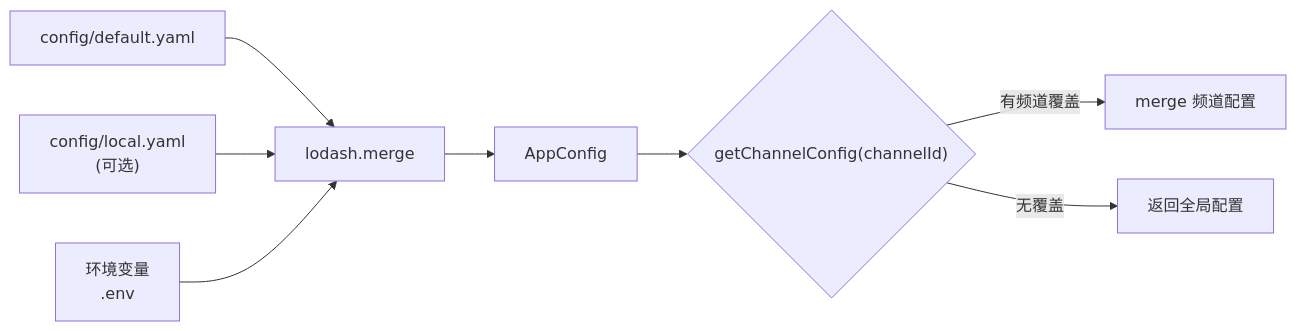
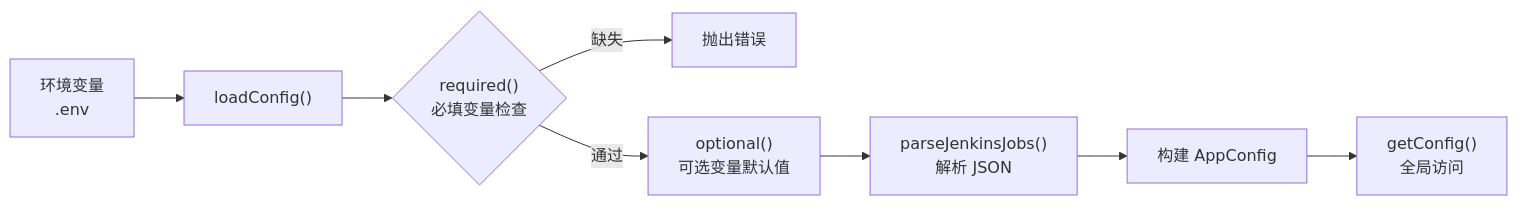
The sixth of 9 diagrams in docs/flowchart.md (kavenGw/GSSlackRobot), drawn with Mermaid before and after one commit. The commit also changed other lines of this file and 2 other files, not shown here.

First line of the commit message:
docs: add comprehensive technical documentation and flowcharts

````diff
--- a/docs/flowchart.md
+++ b/docs/flowchart.md
@@ -84,10 +199,10 @@
 ```mermaid
 flowchart LR
-    A["config/default.yaml"] --> D["lodash.merge"]
-    B["config/local.yaml<br/>(可选)"] --> D
-    C["环境变量<br/>.env"] --> D
-    D --> E["AppConfig"]
-    E --> F{"getChannelConfig(channelId)"}
-    F -- "有频道覆盖" --> G["merge 频道配置"]
-    F -- "无覆盖" --> H["返回全局配置"]
+    A["环境变量<br/>.env"] --> B["loadConfig()"]
+    B --> C{"required()<br/>必填变量检查"}
+    C -- "缺失" --> D["抛出错误"]
+    C -- "通过" --> E["optional()<br/>可选变量默认值"]
+    E --> F["parseJenkinsJobs()<br/>解析 JSON"]
+    F --> G["构建 AppConfig"]
+    G --> H["getConfig()<br/>全局访问"]
 ```
````
